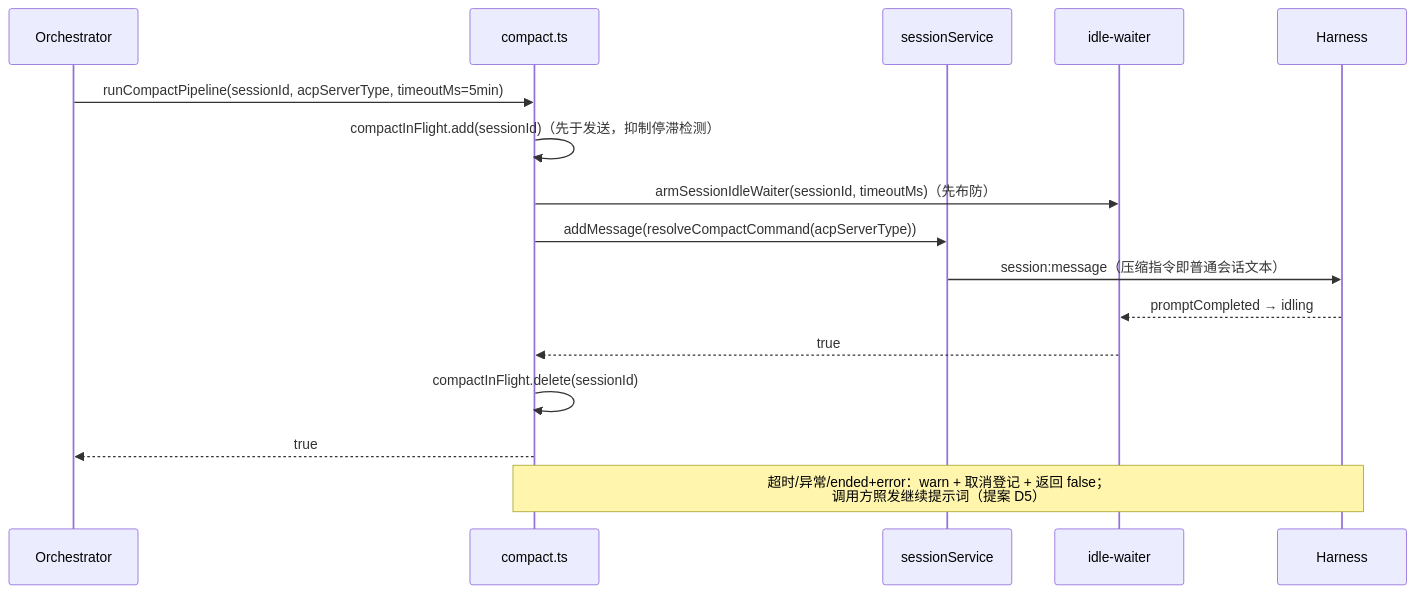
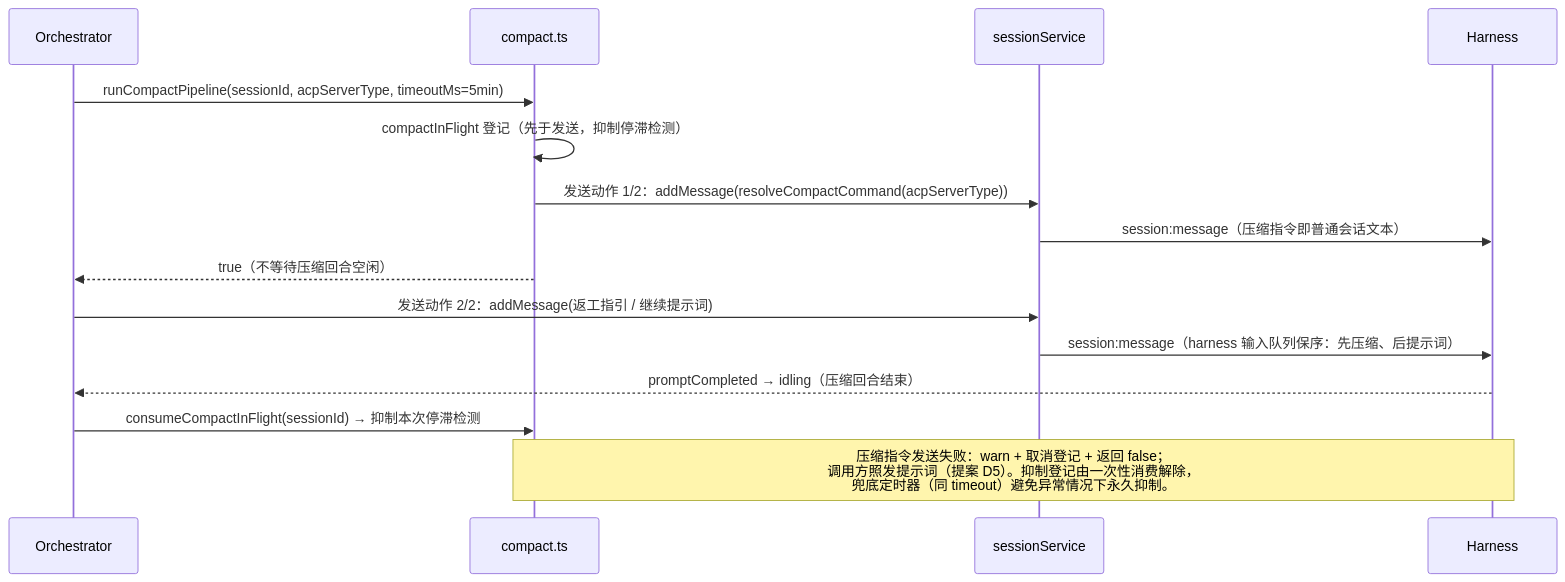
The fourth of 4 diagrams in docs/engineering/plan/20261115-feat-workflow-reject-rework-session-behavior.md (Deliay/z-agent-gear), drawn with Mermaid before and after one commit. The commit also changed other lines of this file and 6 other files, not shown here.

````diff
--- a/docs/engineering/plan/20261115-feat-workflow-reject-rework-session-behavior.md
+++ b/docs/engineering/plan/20261115-feat-workflow-reject-rework-session-behavior.md
@@ -140,18 +142,17 @@
 ```mermaid
 sequenceDiagram
     participant O as Orchestrator
     participant C as compact.ts
     participant S as sessionService
-    participant W as idle-waiter
     participant H as Harness
     O->>C: runCompactPipeline(sessionId, acpServerType, timeoutMs=5min)
-    C->>C: compactInFlight.add(sessionId)（先于发送，抑制停滞检测）
-    C->>W: armSessionIdleWaiter(sessionId, timeoutMs)（先布防）
-    C->>S: addMessage(resolveCompactCommand(acpServerType))
+    C->>C: compactInFlight 登记（先于发送，抑制停滞检测）
+    C->>S: 发送动作 1/2：addMessage(resolveCompactCommand(acpServerType))
     S->>H: session:message（压缩指令即普通会话文本）
-    H-->>W: promptCompleted → idling
-    W-->>C: true
-    C->>C: compactInFlight.delete(sessionId)
-    C-->>O: true
-    Note over C,H: 超时/异常/ended+error：warn + 取消登记 + 返回 false；<br/>调用方照发继续提示词（提案 D5）
+    C-->>O: true（不等待压缩回合空闲）
+    O->>S: 发送动作 2/2：addMessage(返工指引 / 继续提示词)
+    S->>H: session:message（harness 输入队列保序：先压缩、后提示词）
+    H-->>O: promptCompleted → idling（压缩回合结束）
+    O->>C: consumeCompactInFlight(sessionId) → 抑制本次停滞检测
+    Note over C,H: 压缩指令发送失败：warn + 取消登记 + 返回 false；<br/>调用方照发提示词（提案 D5）。抑制登记由一次性消费解除，<br/>兜底定时器（同 timeout）避免异常情况下永久抑制。
 ```
````
